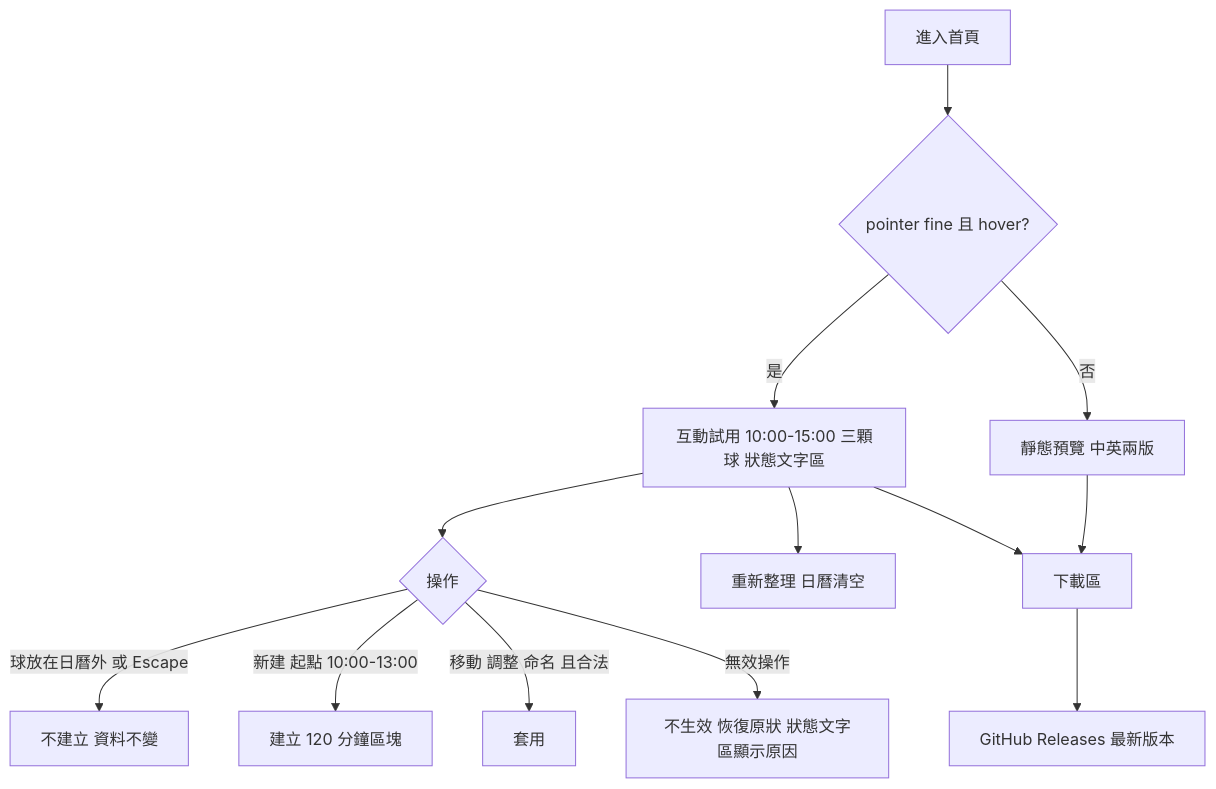
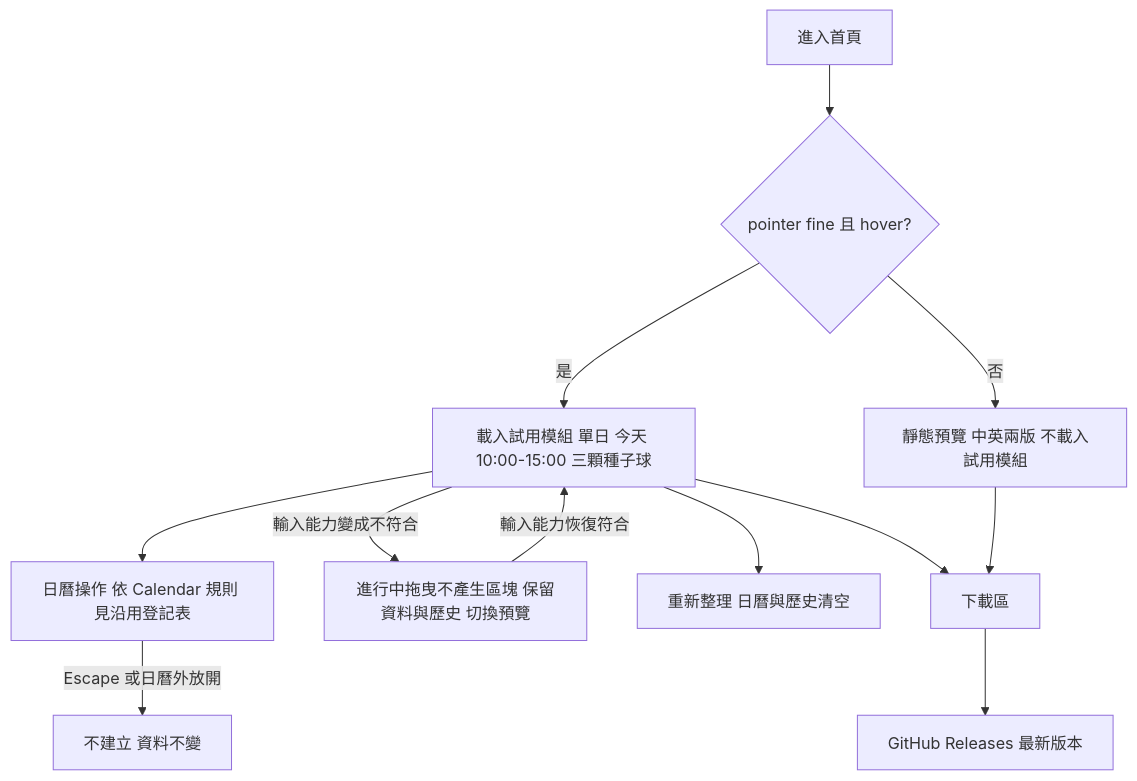
One commit to andrewchu0101/juicy-landing-page changed the diagram in docs/03-srs.md. Above: the diagram before and after it, drawn with Mermaid. The commit also changed other lines of this file and 4 other files, not shown here.

````diff
--- a/docs/03-srs.md
+++ b/docs/03-srs.md
@@ -130,15 +139,14 @@
 ```mermaid
 flowchart TD
   A[進入首頁] --> B{pointer fine 且 hover?}
-  B -- 是 --> C[互動試用 10:00-15:00 三顆球 狀態文字區]
-  B -- 否 --> D[靜態預覽 中英兩版]
-  C --> E{操作}
-  E -- 球放在日曆外 或 Escape --> F[不建立 資料不變]
-  E -- 新建 起點 10:00-13:00 --> G[建立 120 分鐘區塊]
-  E -- 移動 調整 命名 且合法 --> H[套用]
-  E -- 無效操作 --> I[不生效 恢復原狀 狀態文字區顯示原因]
-  C --> K[重新整理 日曆清空]
-  C --> L[下載區]
-  D --> L
-  L --> M[GitHub Releases 最新版本]
+  B -- 是 --> C[載入試用模組 單日 今天 10:00-15:00 三顆種子球]
+  B -- 否 --> D[靜態預覽 中英兩版 不載入試用模組]
+  C --> E[日曆操作 依 Calendar 規則 見沿用登記表]
+  E -- Escape 或日曆外放開 --> F[不建立 資料不變]
+  C -- 輸入能力變成不符合 --> N[進行中拖曳不產生區塊 保留資料與歷史 切換預覽]
+  N -- 輸入能力恢復符合 --> C
+  C --> P[重新整理 日曆與歷史清空]
+  C --> Q[下載區]
+  D --> Q
+  Q --> R[GitHub Releases 最新版本]
 ```
````
